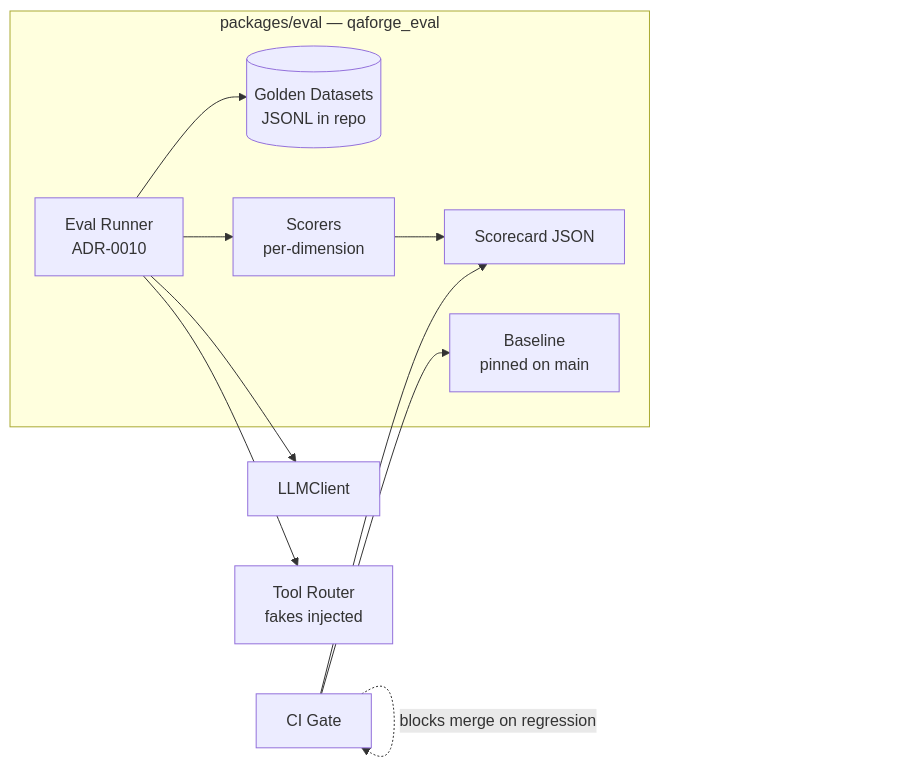
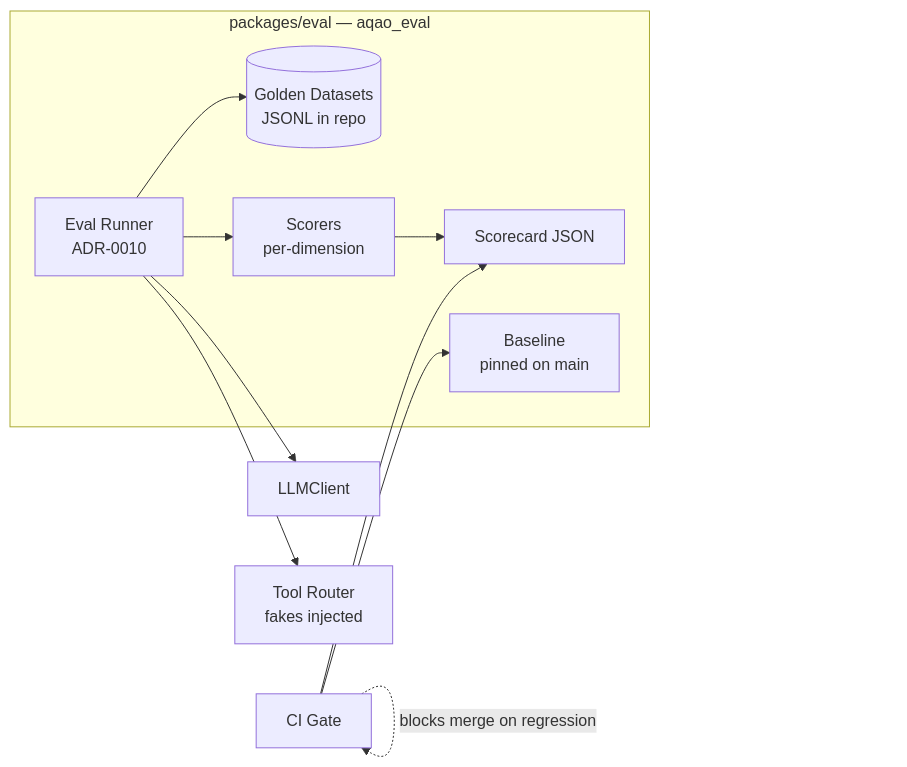
One commit to anandtopu/agentic-qa changed the fourth of 5 diagrams in docs/architecture/c4-component.md. Above: the diagram before and after it, drawn with Mermaid. The commit also changed other lines of this file and 675 other files, not shown here.

````diff
--- a/docs/architecture/c4-component.md
+++ b/docs/architecture/c4-component.md
@@ -146,23 +146,23 @@
 ```mermaid
 flowchart LR
-  subgraph eval[packages/eval — qaforge_eval]
+  subgraph eval[packages/eval — aqao_eval]
     runner[Eval Runner\nADR-0010]
     datasets[(Golden Datasets\nJSONL in repo)]
     scorers[Scorers\nper-dimension]
     scorecard[Scorecard JSON]
     baseline[Baseline\npinned on main]
   end
 
   llmClient[LLMClient]
   toolRouter[Tool Router\nfakes injected]
   ci[CI Gate]
 
   runner --> datasets
   runner --> llmClient
   runner --> toolRouter
   runner --> scorers
   scorers --> scorecard
   ci --> scorecard
   ci --> baseline
   ci -. blocks merge on regression .-> ci
 ```
````
